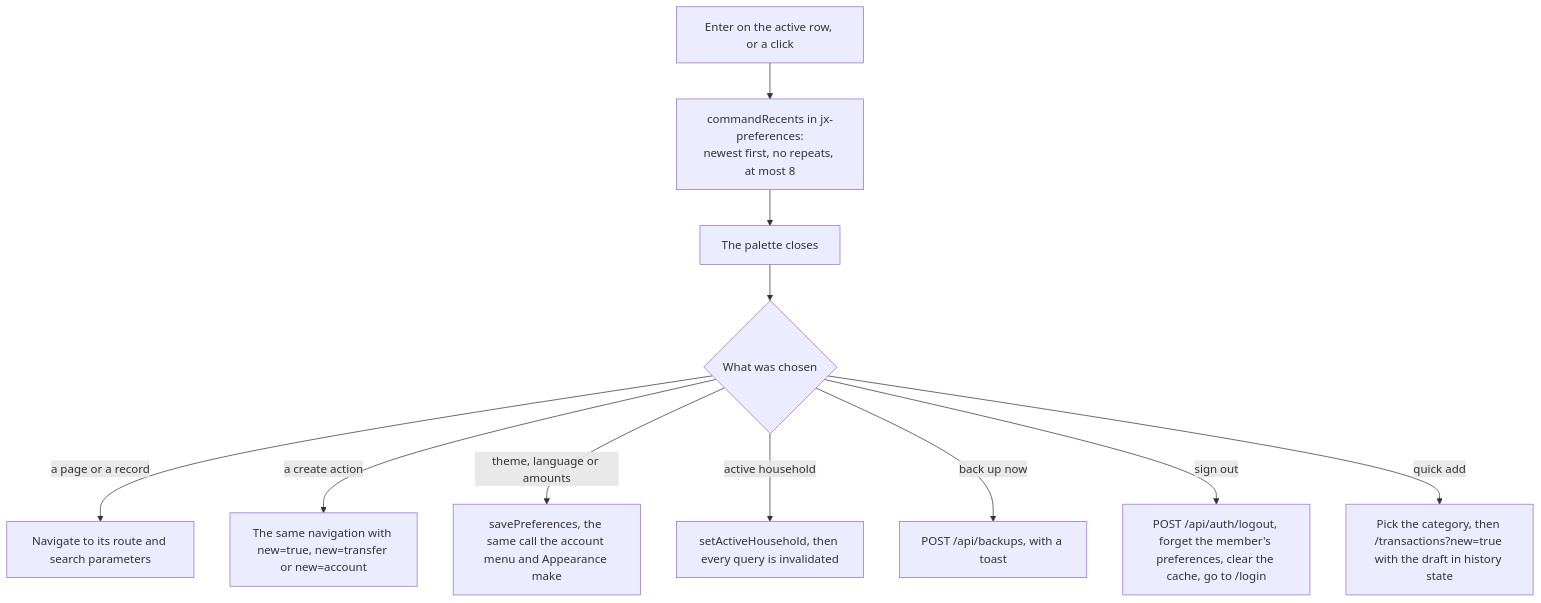
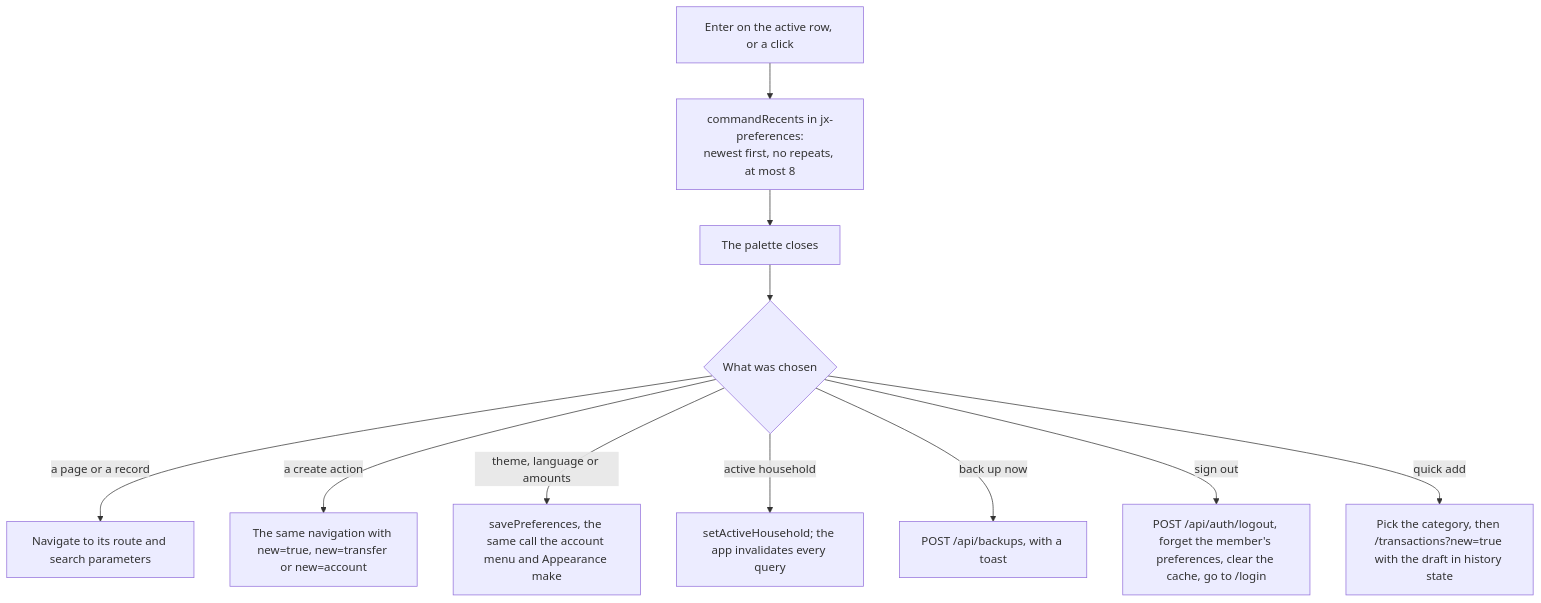
One commit to Justxs/Jx-Finance changed the sixth of 7 diagrams in docs/features/interface.md. Above: the diagram before and after it, drawn with Mermaid. The commit also changed other lines of this file and 22 other files, not shown here.

````diff
--- a/docs/features/interface.md
+++ b/docs/features/interface.md
@@ -156,13 +156,13 @@
 ```mermaid
 flowchart TD
     Choose["Enter on the active row, or a click"] --> Remember["commandRecents in jx-preferences:<br/>newest first, no repeats, at most 8"]
     Remember --> Close["The palette closes"]
     Close --> Kind{"What was chosen"}
     Kind -->|"a page or a record"| Nav["Navigate to its route and search parameters"]
     Kind -->|"a create action"| Url["The same navigation with new=true, new=transfer or new=account"]
     Kind -->|"theme, language or amounts"| Pref["savePreferences, the same call the account menu and Appearance make"]
-    Kind -->|"active household"| Scope["setActiveHousehold, then every query is invalidated"]
+    Kind -->|"active household"| Scope["setActiveHousehold; the app invalidates every query"]
     Kind -->|"back up now"| Backup["POST /api/backups, with a toast"]
     Kind -->|"sign out"| Out["POST /api/auth/logout, forget the member's preferences, clear the cache, go to /login"]
     Kind -->|"quick add"| Quick["Pick the category, then /transactions?new=true with the draft in history state"]
 ```
````
